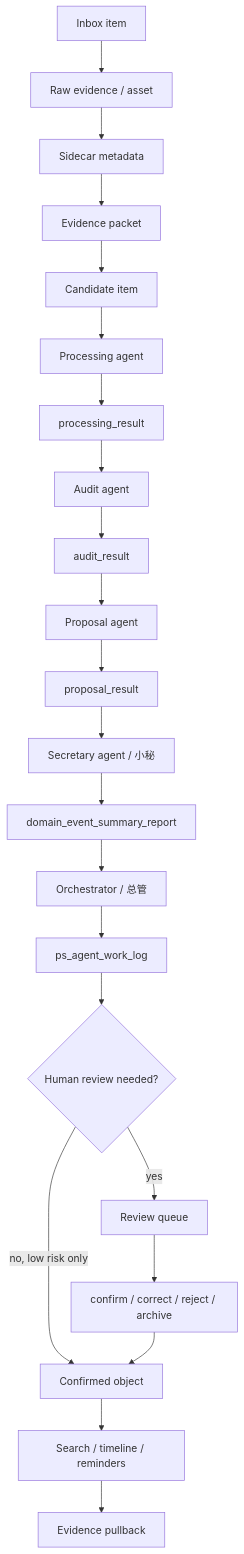
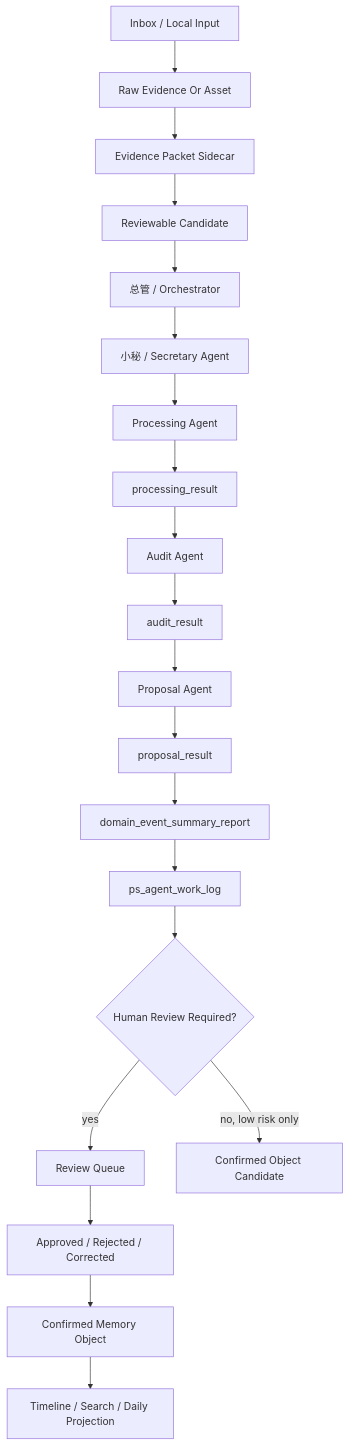
Before and after one commit to kidzkw/personal_assistant: the diagram in information-processing/05-end-to-end-map.md, drawn with Mermaid. The commit also changed other lines of this file and 18 other files, not shown here.

````diff
--- a/information-processing/05-end-to-end-map.md
+++ b/information-processing/05-end-to-end-map.md
@@ -5,24 +5,22 @@
 ```mermaid
-flowchart TD
-  A["Inbox item"] --> B["Raw evidence / asset"]
-  B --> C["Sidecar metadata"]
-  C --> D["Evidence packet"]
-  D --> E["Candidate item"]
-  E --> F["Processing agent"]
-  F --> G["processing_result"]
-  G --> H["Audit agent"]
-  H --> I["audit_result"]
-  I --> J["Proposal agent"]
-  J --> K["proposal_result"]
-  K --> L["Secretary agent / 小秘"]
+flowchart TB
+  A["Inbox / Local Input"] --> B["Raw Evidence Or Asset"]
+  B --> C["Evidence Packet Sidecar"]
+  C --> D["Reviewable Candidate"]
+  D --> E["总管 / Orchestrator"]
+  E --> F["小秘 / Secretary Agent"]
+  F --> G["Processing Agent"]
+  G --> H["processing_result"]
+  H --> I["Audit Agent"]
+  I --> J["audit_result"]
+  J --> K["Proposal Agent"]
+  K --> L["proposal_result"]
   L --> M["domain_event_summary_report"]
-  M --> N["Orchestrator / 总管"]
-  N --> O["ps_agent_work_log"]
-  O --> P{"Human review needed?"}
-  P -->|yes| Q["Review queue"]
-  P -->|no, low risk only| R["Confirmed object"]
-  Q --> S["confirm / correct / reject / archive"]
-  S --> R
-  R --> T["Search / timeline / reminders"]
-  T --> U["Evidence pullback"]
+  M --> N["ps_agent_work_log"]
+  N --> O{"Human Review Required?"}
+  O -->|"yes"| P["Review Queue"]
+  O -->|"no, low risk only"| Q["Confirmed Object Candidate"]
+  P --> R["Approved / Rejected / Corrected"]
+  R --> S["Confirmed Memory Object"]
+  S --> T["Timeline / Search / Daily Projection"]
 ```
````
